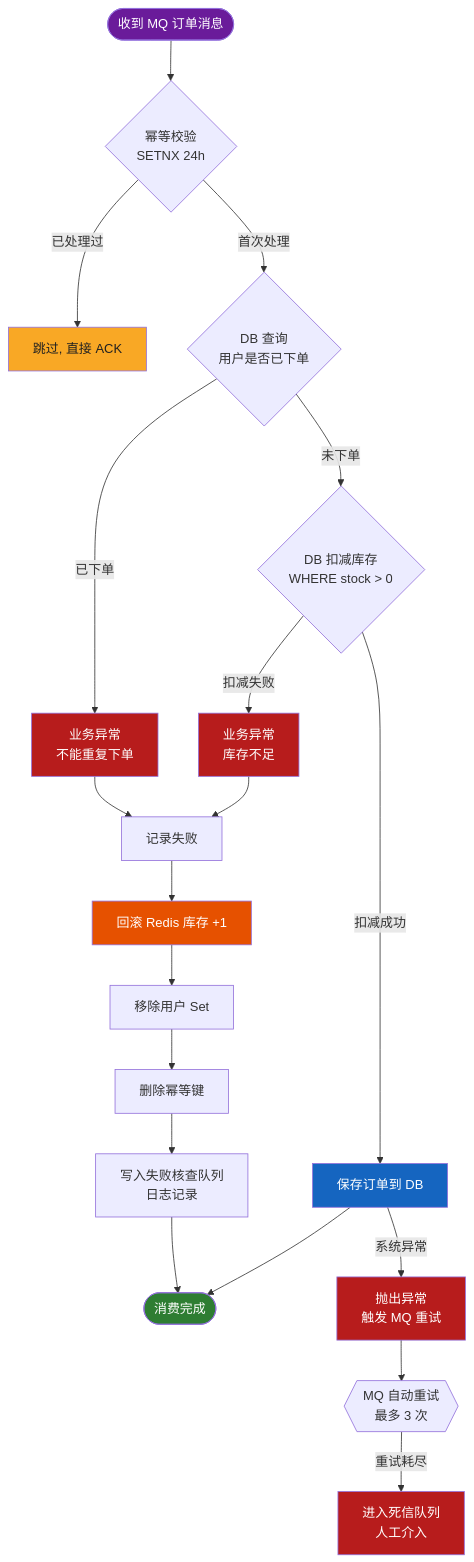
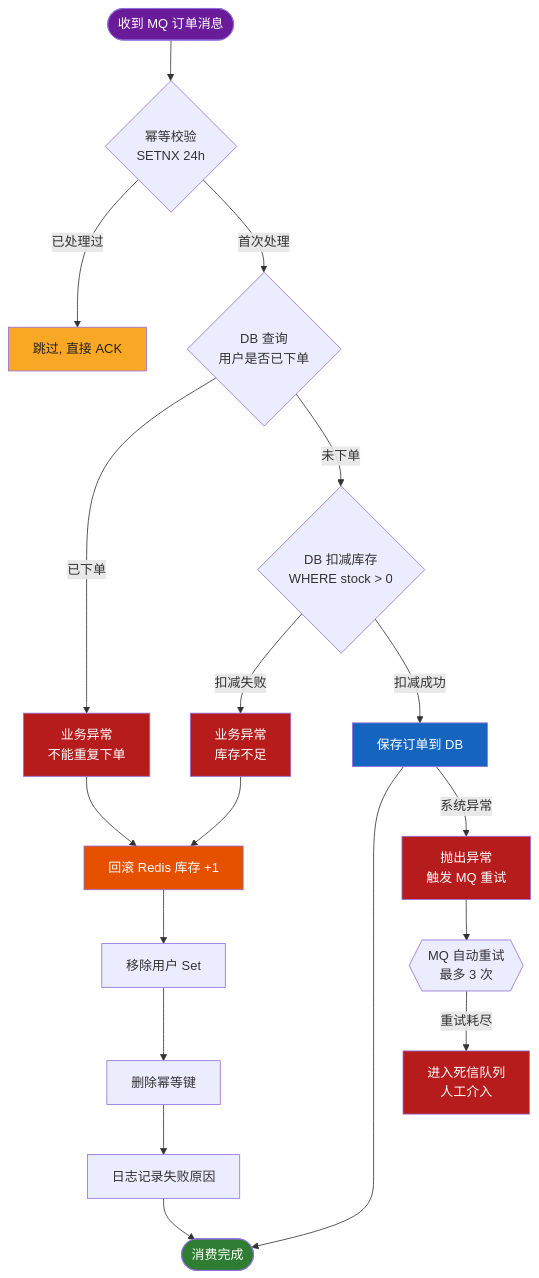
One commit to Shardkiht/FlashDeal changed the third of 3 diagrams in README.md. Above: the diagram before and after it, drawn with Mermaid. The commit also changed other lines of this file and 1 other file, not shown here.

````diff
--- a/README.md
+++ b/README.md
@@ -174,35 +175,34 @@
 ```mermaid
 flowchart TD
     MSG([收到 MQ 订单消息]) --> IDEM{幂等校验<br/>SETNX 24h}
     IDEM -->|已处理过| SKIP[跳过, 直接 ACK]
     IDEM -->|首次处理| DBCHECK{DB 查询<br/>用户是否已下单}
 
     DBCHECK -->|已下单| BIZEX[业务异常<br/>不能重复下单]
     DBCHECK -->|未下单| DBSTOCK{DB 扣减库存<br/>WHERE stock > 0}
 
     DBSTOCK -->|扣减失败| BIZEX2[业务异常<br/>库存不足]
     DBSTOCK -->|扣减成功| SAVE[保存订单到 DB]
     SAVE --> DONE([消费完成])
 
-    BIZEX --> RECORD[记录失败]
-    BIZEX2 --> RECORD
-    RECORD --> RBSTOCK[回滚 Redis 库存 +1]
+    BIZEX --> RBSTOCK[回滚 Redis 库存 +1]
+    BIZEX2 --> RBSTOCK
     RBSTOCK --> RBUSER[移除用户 Set]
     RBUSER --> DELIDEM[删除幂等键]
-    DELIDEM --> LOG[写入失败核查队列<br/>日志记录]
+    DELIDEM --> LOG[日志记录失败原因]
     LOG --> DONE
 
     SAVE -->|系统异常| THROW1[抛出异常<br/>触发 MQ 重试]
     THROW1 --> RETRY{{MQ 自动重试<br/>最多 3 次}}
     RETRY -->|重试耗尽| DLQ[进入死信队列<br/>人工介入]
 
     style MSG fill:#6a1b9a,color:#fff
     style DONE fill:#2e7d32,color:#fff
     style SKIP fill:#f9a825,color:#212121
     style BIZEX fill:#b71c1c,color:#fff
     style BIZEX2 fill:#b71c1c,color:#fff
     style THROW1 fill:#b71c1c,color:#fff
     style DLQ fill:#b71c1c,color:#fff
     style RBSTOCK fill:#e65100,color:#fff
     style SAVE fill:#1565c0,color:#fff
 ```
````
